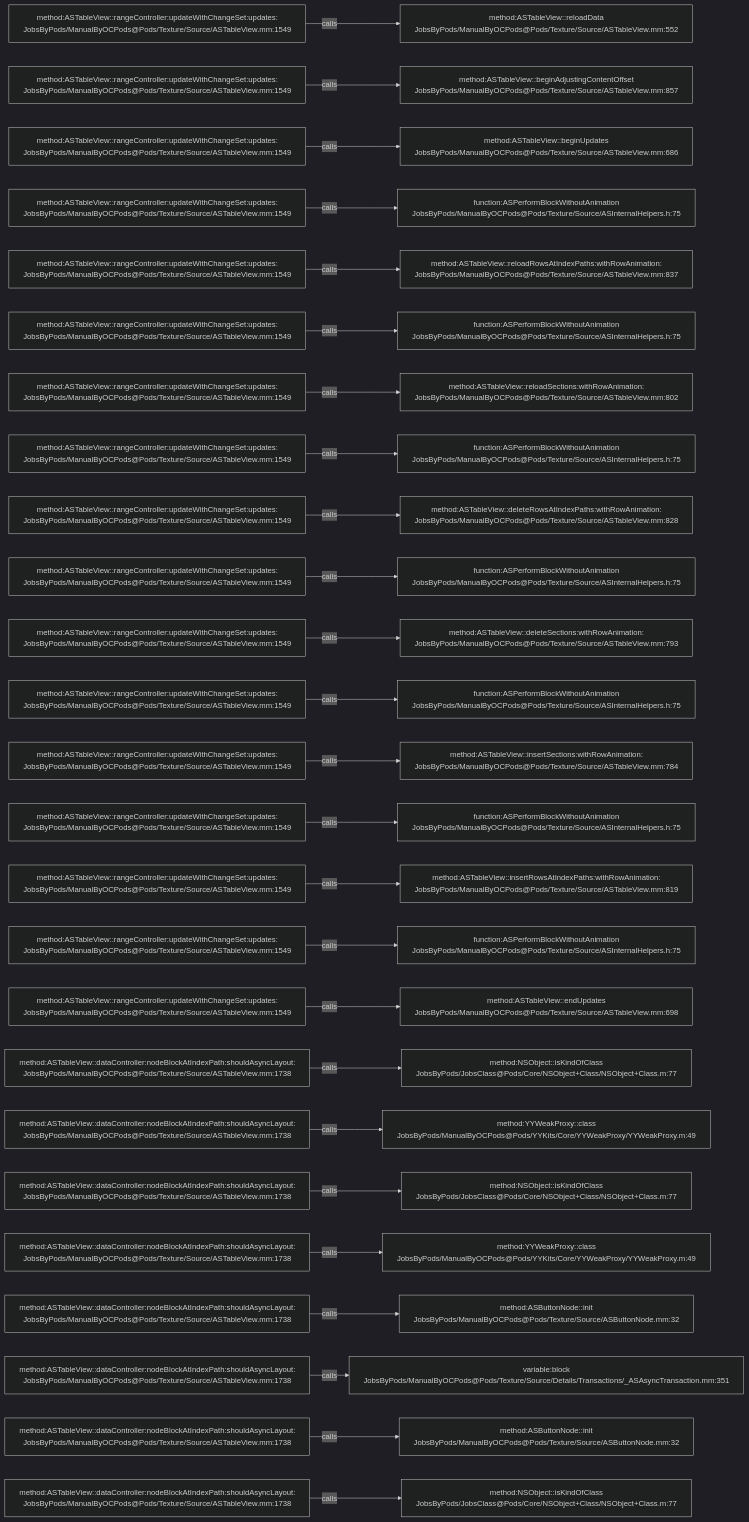
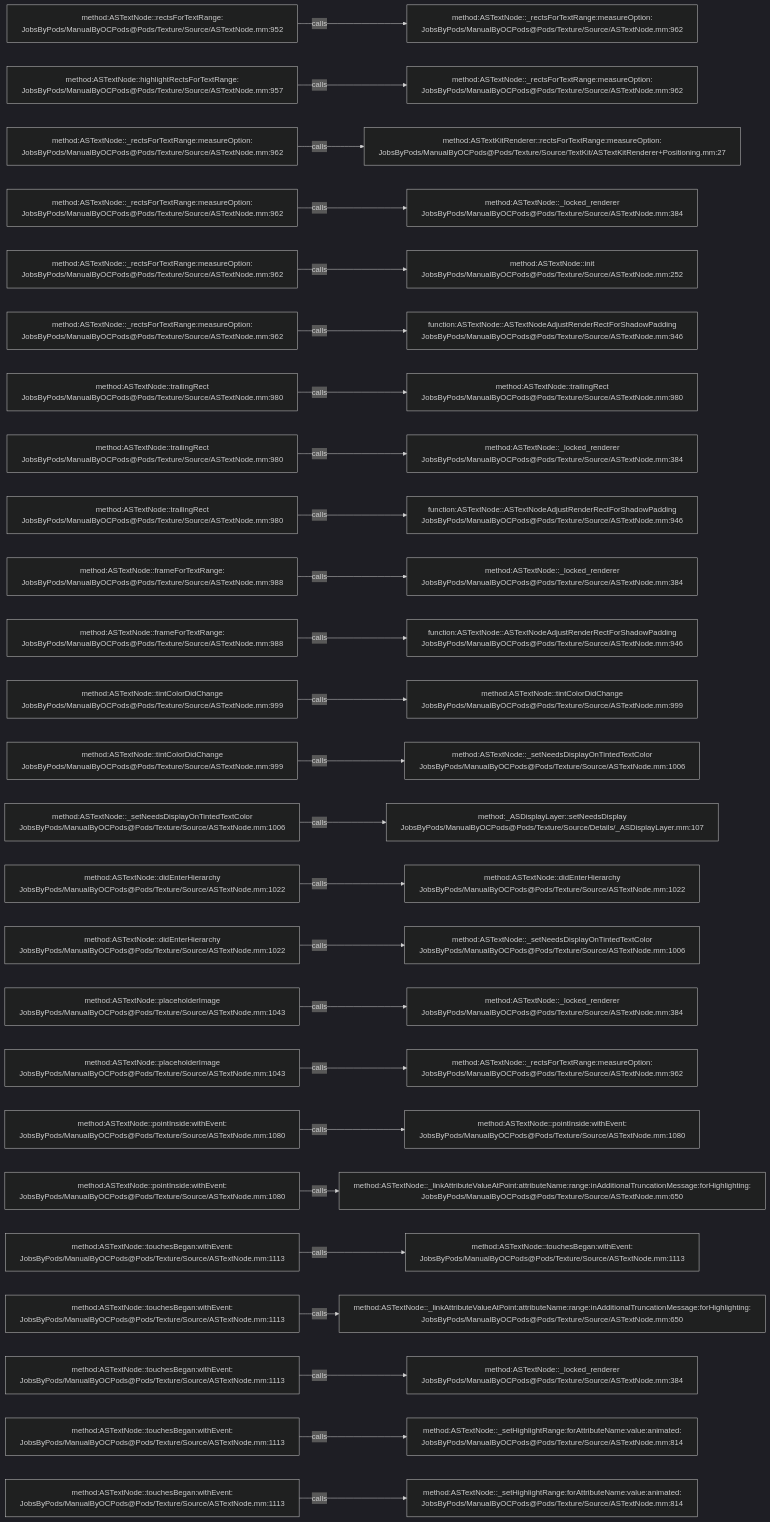
The diagram in .codegraph/codegraph.md/graphs/calls-138.md (JobsKits/JobsOCBaseConfigDemo), drawn with Mermaid (dark theme) before and after one commit. The commit also changed 1223 other files, not shown here.

````diff
--- a/.codegraph/codegraph.md/graphs/calls-138.md
+++ b/.codegraph/codegraph.md/graphs/calls-138.md
@@ -13,78 +13,78 @@
 ```mermaid
 flowchart LR
-  S1["method:ASTableView::rangeController:updateWithChangeSet:updates:<br/>JobsByPods/ManualByOCPods@Pods/Texture/Source/ASTableView.mm:1549"]
-  T1["method:ASTableView::reloadData<br/>JobsByPods/ManualByOCPods@Pods/Texture/Source/ASTableView.mm:552"]
+  S1["method:ASTextNode::rectsForTextRange:<br/>JobsByPods/ManualByOCPods@Pods/Texture/Source/ASTextNode.mm:952"]
+  T1["method:ASTextNode::_rectsForTextRange:measureOption:<br/>JobsByPods/ManualByOCPods@Pods/Texture/Source/ASTextNode.mm:962"]
   S1 -->|calls| T1
-  S2["method:ASTableView::rangeController:updateWithChangeSet:updates:<br/>JobsByPods/ManualByOCPods@Pods/Texture/Source/ASTableView.mm:1549"]
-  T2["method:ASTableView::beginAdjustingContentOffset<br/>JobsByPods/ManualByOCPods@Pods/Texture/Source/ASTableView.mm:857"]
+  S2["method:ASTextNode::highlightRectsForTextRange:<br/>JobsByPods/ManualByOCPods@Pods/Texture/Source/ASTextNode.mm:957"]
+  T2["method:ASTextNode::_rectsForTextRange:measureOption:<br/>JobsByPods/ManualByOCPods@Pods/Texture/Source/ASTextNode.mm:962"]
   S2 -->|calls| T2
-  S3["method:ASTableView::rangeController:updateWithChangeSet:updates:<br/>JobsByPods/ManualByOCPods@Pods/Texture/Source/ASTableView.mm:1549"]
-  T3["method:ASTableView::beginUpdates<br/>JobsByPods/ManualByOCPods@Pods/Texture/Source/ASTableView.mm:686"]
+  S3["method:ASTextNode::_rectsForTextRange:measureOption:<br/>JobsByPods/ManualByOCPods@Pods/Texture/Source/ASTextNode.mm:962"]
+  T3["method:ASTextKitRenderer::rectsForTextRange:measureOption:<br/>JobsByPods/ManualByOCPods@Pods/Texture/Source/TextKit/ASTextKitRenderer+Positioning.mm:27"]
   S3 -->|calls| T3
-  S4["method:ASTableView::rangeController:updateWithChangeSet:updates:<br/>JobsByPods/ManualByOCPods@Pods/Texture/Source/ASTableView.mm:1549"]
-  T4["function:ASPerformBlockWithoutAnimation<br/>JobsByPods/ManualByOCPods@Pods/Texture/Source/ASInternalHelpers.h:75"]
+  S4["method:ASTextNode::_rectsForTextRange:measureOption:<br/>JobsByPods/ManualByOCPods@Pods/Texture/Source/ASTextNode.mm:962"]
+  T4["method:ASTextNode::_locked_renderer<br/>JobsByPods/ManualByOCPods@Pods/Texture/Source/ASTextNode.mm:384"]
   S4 -->|calls| T4
-  S5["method:ASTableView::rangeController:updateWithChangeSet:updates:<br/>JobsByPods/ManualByOCPods@Pods/Texture/Source/ASTableView.mm:1549"]
-  T5["method:ASTableView::reloadRowsAtIndexPaths:withRowAnimation:<br/>JobsByPods/ManualByOCPods@Pods/Texture/Source/ASTableView.mm:837"]
+  S5["method:ASTextNode::_rectsForTextRange:measureOption:<br/>JobsByPods/ManualByOCPods@Pods/Texture/Source/ASTextNode.mm:962"]
+  T5["method:ASTextNode::init<br/>JobsByPods/ManualByOCPods@Pods/Texture/Source/ASTextNode.mm:252"]
   S5 -->|calls| T5
-  S6["method:ASTableView::rangeController:updateWithChangeSet:updates:<br/>JobsByPods/ManualByOCPods@Pods/Texture/Source/ASTableView.mm:1549"]
-  T6["function:ASPerformBlockWithoutAnimation<br/>JobsByPods/ManualByOCPods@Pods/Texture/Source/ASInternalHelpers.h:75"]
+  S6["method:ASTextNode::_rectsForTextRange:measureOption:<br/>JobsByPods/ManualByOCPods@Pods/Texture/Source/ASTextNode.mm:962"]
+  T6["function:ASTextNode::ASTextNodeAdjustRenderRectForShadowPadding<br/>JobsByPods/ManualByOCPods@Pods/Texture/Source/ASTextNode.mm:946"]
   S6 -->|calls| T6
-  S7["method:ASTableView::rangeController:updateWithChangeSet:updates:<br/>JobsByPods/ManualByOCPods@Pods/Texture/Source/ASTableView.mm:1549"]
-  T7["method:ASTableView::reloadSections:withRowAnimation:<br/>JobsByPods/ManualByOCPods@Pods/Texture/Source/ASTableView.mm:802"]
+  S7["method:ASTextNode::trailingRect<br/>JobsByPods/ManualByOCPods@Pods/Texture/Source/ASTextNode.mm:980"]
+  T7["method:ASTextNode::trailingRect<br/>JobsByPods/ManualByOCPods@Pods/Texture/Source/ASTextNode.mm:980"]
   S7 -->|calls| T7
-  S8["method:ASTableView::rangeController:updateWithChangeSet:updates:<br/>JobsByPods/ManualByOCPods@Pods/Texture/Source/ASTableView.mm:1549"]
-  T8["function:ASPerformBlockWithoutAnimation<br/>JobsByPods/ManualByOCPods@Pods/Texture/Source/ASInternalHelpers.h:75"]
+  S8["method:ASTextNode::trailingRect<br/>JobsByPods/ManualByOCPods@Pods/Texture/Source/ASTextNode.mm:980"]
+  T8["method:ASTextNode::_locked_renderer<br/>JobsByPods/ManualByOCPods@Pods/Texture/Source/ASTextNode.mm:384"]
   S8 -->|calls| T8
-  S9["method:ASTableView::rangeController:updateWithChangeSet:updates:<br/>JobsByPods/ManualByOCPods@Pods/Texture/Source/ASTableView.mm:1549"]
-  T9["method:ASTableView::deleteRowsAtIndexPaths:withRowAnimation:<br/>JobsByPods/ManualByOCPods@Pods/Texture/Source/ASTableView.mm:828"]
+  S9["method:ASTextNode::trailingRect<br/>JobsByPods/ManualByOCPods@Pods/Texture/Source/ASTextNode.mm:980"]
+  T9["function:ASTextNode::ASTextNodeAdjustRenderRectForShadowPadding<br/>JobsByPods/ManualByOCPods@Pods/Texture/Source/ASTextNode.mm:946"]
   S9 -->|calls| T9
-  S10["method:ASTableView::rangeController:updateWithChangeSet:updates:<br/>JobsByPods/ManualByOCPods@Pods/Texture/Source/ASTableView.mm:1549"]
-  T10["function:ASPerformBlockWithoutAnimation<br/>JobsByPods/ManualByOCPods@Pods/Texture/Source/ASInternalHelpers.h:75"]
+  S10["method:ASTextNode::frameForTextRange:<br/>JobsByPods/ManualByOCPods@Pods/Texture/Source/ASTextNode.mm:988"]
+  T10["method:ASTextNode::_locked_renderer<br/>JobsByPods/ManualByOCPods@Pods/Texture/Source/ASTextNode.mm:384"]
   S10 -->|calls| T10
-  S11["method:ASTableView::rangeController:updateWithChangeSet:updates:<br/>JobsByPods/ManualByOCPods@Pods/Texture/Source/ASTableView.mm:1549"]
-  T11["method:ASTableView::deleteSections:withRowAnimation:<br/>JobsByPods/ManualByOCPods@Pods/Texture/Source/ASTableView.mm:793"]
+  S11["method:ASTextNode::frameForTextRange:<br/>JobsByPods/ManualByOCPods@Pods/Texture/Source/ASTextNode.mm:988"]
+  T11["function:ASTextNode::ASTextNodeAdjustRenderRectForShadowPadding<br/>JobsByPods/ManualByOCPods@Pods/Texture/Source/ASTextNode.mm:946"]
   S11 -->|calls| T11
-  S12["method:ASTableView::rangeController:updateWithChangeSet:updates:<br/>JobsByPods/ManualByOCPods@Pods/Texture/Source/ASTableView.mm:1549"]
-  T12["function:ASPerformBlockWithoutAnimation<br/>JobsByPods/ManualByOCPods@Pods/Texture/Source/ASInternalHelpers.h:75"]
+  S12["method:ASTextNode::tintColorDidChange<br/>JobsByPods/ManualByOCPods@Pods/Texture/Source/ASTextNode.mm:999"]
+  T12["method:ASTextNode::tintColorDidChange<br/>JobsByPods/ManualByOCPods@Pods/Texture/Source/ASTextNode.mm:999"]
   S12 -->|calls| T12
-  S13["method:ASTableView::rangeController:updateWithChangeSet:updates:<br/>JobsByPods/ManualByOCPods@Pods/Texture/Source/ASTableView.mm:1549"]
-  T13["method:ASTableView::insertSections:withRowAnimation:<br/>JobsByPods/ManualByOCPods@Pods/Texture/Source/ASTableView.mm:784"]
+  S13["method:ASTextNode::tintColorDidChange<br/>JobsByPods/ManualByOCPods@Pods/Texture/Source/ASTextNode.mm:999"]
+  T13["method:ASTextNode::_setNeedsDisplayOnTintedTextColor<br/>JobsByPods/ManualByOCPods@Pods/Texture/Source/ASTextNode.mm:1006"]
   S13 -->|calls| T13
-  S14["method:ASTableView::rangeController:updateWithChangeSet:updates:<br/>JobsByPods/ManualByOCPods@Pods/Texture/Source/ASTableView.mm:1549"]
-  T14["function:ASPerformBlockWithoutAnimation<br/>JobsByPods/ManualByOCPods@Pods/Texture/Source/ASInternalHelpers.h:75"]
+  S14["method:ASTextNode::_setNeedsDisplayOnTintedTextColor<br/>JobsByPods/ManualByOCPods@Pods/Texture/Source/ASTextNode.mm:1006"]
+  T14["method:_ASDisplayLayer::setNeedsDisplay<br/>JobsByPods/ManualByOCPods@Pods/Texture/Source/Details/_ASDisplayLayer.mm:107"]
   S14 -->|calls| T14
-  S15["method:ASTableView::rangeController:updateWithChangeSet:updates:<br/>JobsByPods/ManualByOCPods@Pods/Texture/Source/ASTableView.mm:1549"]
-  T15["method:ASTableView::insertRowsAtIndexPaths:withRowAnimation:<br/>JobsByPods/ManualByOCPods@Pods/Texture/Source/ASTableView.mm:819"]
+  S15["method:ASTextNode::didEnterHierarchy<br/>JobsByPods/ManualByOCPods@Pods/Texture/Source/ASTextNode.mm:1022"]
+  T15["method:ASTextNode::didEnterHierarchy<br/>JobsByPods/ManualByOCPods@Pods/Texture/Source/ASTextNode.mm:1022"]
   S15 -->|calls| T15
-  S16["method:ASTableView::rangeController:updateWithChangeSet:updates:<br/>JobsByPods/ManualByOCPods@Pods/Texture/Source/ASTableView.mm:1549"]
-  T16["function:ASPerformBlockWithoutAnimation<br/>JobsByPods/ManualByOCPods@Pods/Texture/Source/ASInternalHelpers.h:75"]
+  S16["method:ASTextNode::didEnterHierarchy<br/>JobsByPods/ManualByOCPods@Pods/Texture/Source/ASTextNode.mm:1022"]
+  T16["method:ASTextNode::_setNeedsDisplayOnTintedTextColor<br/>JobsByPods/ManualByOCPods@Pods/Texture/Source/ASTextNode.mm:1006"]
   S16 -->|calls| T16
-  S17["method:ASTableView::rangeController:updateWithChangeSet:updates:<br/>JobsByPods/ManualByOCPods@Pods/Texture/Source/ASTableView.mm:1549"]
-  T17["method:ASTableView::endUpdates<br/>JobsByPods/ManualByOCPods@Pods/Texture/Source/ASTableView.mm:698"]
+  S17["method:ASTextNode::placeholderImage<br/>JobsByPods/ManualByOCPods@Pods/Texture/Source/ASTextNode.mm:1043"]
+  T17["method:ASTextNode::_locked_renderer<br/>JobsByPods/ManualByOCPods@Pods/Texture/Source/ASTextNode.mm:384"]
   S17 -->|calls| T17
-  S18["method:ASTableView::dataController:nodeBlockAtIndexPath:shouldAsyncLayout:<br/>JobsByPods/ManualByOCPods@Pods/Texture/Source/ASTableView.mm:1738"]
-  T18["method:NSObject::isKindOfClass<br/>JobsByPods/JobsClass@Pods/Core/NSObject+Class/NSObject+Class.m:77"]
+  S18["method:ASTextNode::placeholderImage<br/>JobsByPods/ManualByOCPods@Pods/Texture/Source/ASTextNode.mm:1043"]
+  T18["method:ASTextNode::_rectsForTextRange:measureOption:<br/>JobsByPods/ManualByOCPods@Pods/Texture/Source/ASTextNode.mm:962"]
   S18 -->|calls| T18
-  S19["method:ASTableView::dataController:nodeBlockAtIndexPath:shouldAsyncLayout:<br/>JobsByPods/ManualByOCPods@Pods/Texture/Source/ASTableView.mm:1738"]
-  T19["method:YYWeakProxy::class<br/>JobsByPods/ManualByOCPods@Pods/YYKits/Core/YYWeakProxy/YYWeakProxy.m:49"]
+  S19["method:ASTextNode::pointInside:withEvent:<br/>JobsByPods/ManualByOCPods@Pods/Texture/Source/ASTextNode.mm:1080"]
+  T19["method:ASTextNode::pointInside:withEvent:<br/>JobsByPods/ManualByOCPods@Pods/Texture/Source/ASTextNode.mm:1080"]
   S19 -->|calls| T19
-  S20["method:ASTableView::dataController:nodeBlockAtIndexPath:shouldAsyncLayout:<br/>JobsByPods/ManualByOCPods@Pods/Texture/Source/ASTableView.mm:1738"]
-  T20["method:NSObject::isKindOfClass<br/>JobsByPods/JobsClass@Pods/Core/NSObject+Class/NSObject+Class.m:77"]
+  S20["method:ASTextNode::pointInside:withEvent:<br/>JobsByPods/ManualByOCPods@Pods/Texture/Source/ASTextNode.mm:1080"]
+  T20["method:ASTextNode::_linkAttributeValueAtPoint:attributeName:range:inAdditionalTruncationMessage:forHighlighting:<br/>JobsByPods/ManualByOCPods@Pods/Texture/Source/ASTextNode.mm:650"]
   S20 -->|calls| T20
-  S21["method:ASTableView::dataController:nodeBlockAtIndexPath:shouldAsyncLayout:<br/>JobsByPods/ManualByOCPods@Pods/Texture/Source/ASTableView.mm:1738"]
-  T21["method:YYWeakProxy::class<br/>JobsByPods/ManualByOCPods@Pods/YYKits/Core/YYWeakProxy/YYWeakProxy.m:49"]
+  S21["method:ASTextNode::touchesBegan:withEvent:<br/>JobsByPods/ManualByOCPods@Pods/Texture/Source/ASTextNode.mm:1113"]
+  T21["method:ASTextNode::touchesBegan:withEvent:<br/>JobsByPods/ManualByOCPods@Pods/Texture/Source/ASTextNode.mm:1113"]
   S21 -->|calls| T21
-  S22["method:ASTableView::dataController:nodeBlockAtIndexPath:shouldAsyncLayout:<br/>JobsByPods/ManualByOCPods@Pods/Texture/Source/ASTableView.mm:1738"]
-  T22["method:ASButtonNode::init<br/>JobsByPods/ManualByOCPods@Pods/Texture/Source/ASButtonNode.mm:32"]
+  S22["method:ASTextNode::touchesBegan:withEvent:<br/>JobsByPods/ManualByOCPods@Pods/Texture/Source/ASTextNode.mm:1113"]
+  T22["method:ASTextNode::_linkAttributeValueAtPoint:attributeName:range:inAdditionalTruncationMessage:forHighlighting:<br/>JobsByPods/ManualByOCPods@Pods/Texture/Source/ASTextNode.mm:650"]
   S22 -->|calls| T22
-  S23["method:ASTableView::dataController:nodeBlockAtIndexPath:shouldAsyncLayout:<br/>JobsByPods/ManualByOCPods@Pods/Texture/Source/ASTableView.mm:1738"]
-  T23["variable:block<br/>JobsByPods/ManualByOCPods@Pods/Texture/Source/Details/Transactions/_ASAsyncTransaction.mm:351"]
+  S23["method:ASTextNode::touchesBegan:withEvent:<br/>JobsByPods/ManualByOCPods@Pods/Texture/Source/ASTextNode.mm:1113"]
+  T23["method:ASTextNode::_locked_renderer<br/>JobsByPods/ManualByOCPods@Pods/Texture/Source/ASTextNode.mm:384"]
   S23 -->|calls| T23
-  S24["method:ASTableView::dataController:nodeBlockAtIndexPath:shouldAsyncLayout:<br/>JobsByPods/ManualByOCPods@Pods/Texture/Source/ASTableView.mm:1738"]
-  T24["method:ASButtonNode::init<br/>JobsByPods/ManualByOCPods@Pods/Texture/Source/ASButtonNode.mm:32"]
+  S24["method:ASTextNode::touchesBegan:withEvent:<br/>JobsByPods/ManualByOCPods@Pods/Texture/Source/ASTextNode.mm:1113"]
+  T24["method:ASTextNode::_setHighlightRange:forAttributeName:value:animated:<br/>JobsByPods/ManualByOCPods@Pods/Texture/Source/ASTextNode.mm:814"]
   S24 -->|calls| T24
-  S25["method:ASTableView::dataController:nodeBlockAtIndexPath:shouldAsyncLayout:<br/>JobsByPods/ManualByOCPods@Pods/Texture/Source/ASTableView.mm:1738"]
-  T25["method:NSObject::isKindOfClass<br/>JobsByPods/JobsClass@Pods/Core/NSObject+Class/NSObject+Class.m:77"]
+  S25["method:ASTextNode::touchesBegan:withEvent:<br/>JobsByPods/ManualByOCPods@Pods/Texture/Source/ASTextNode.mm:1113"]
+  T25["method:ASTextNode::_setHighlightRange:forAttributeName:value:animated:<br/>JobsByPods/ManualByOCPods@Pods/Texture/Source/ASTextNode.mm:814"]
   S25 -->|calls| T25
 ```
````
